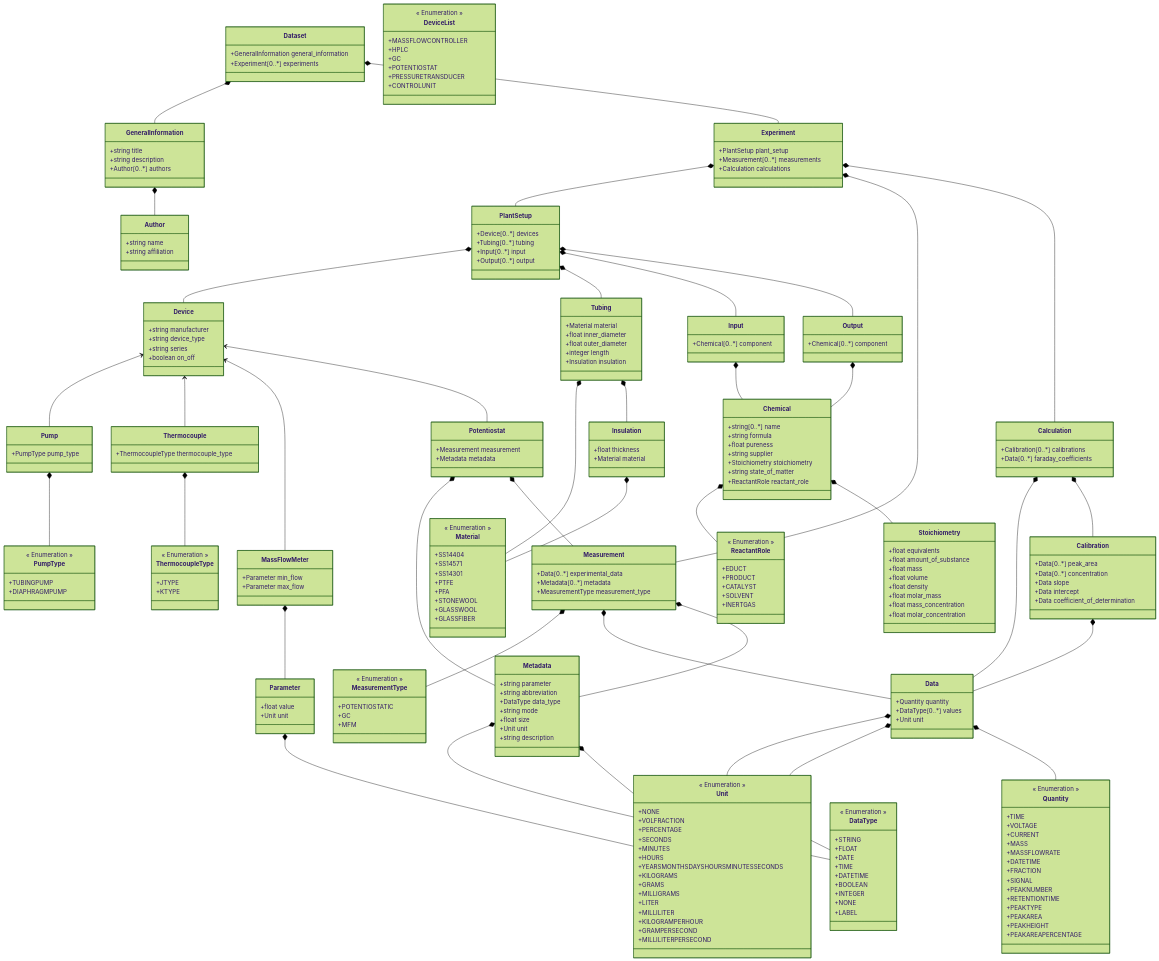
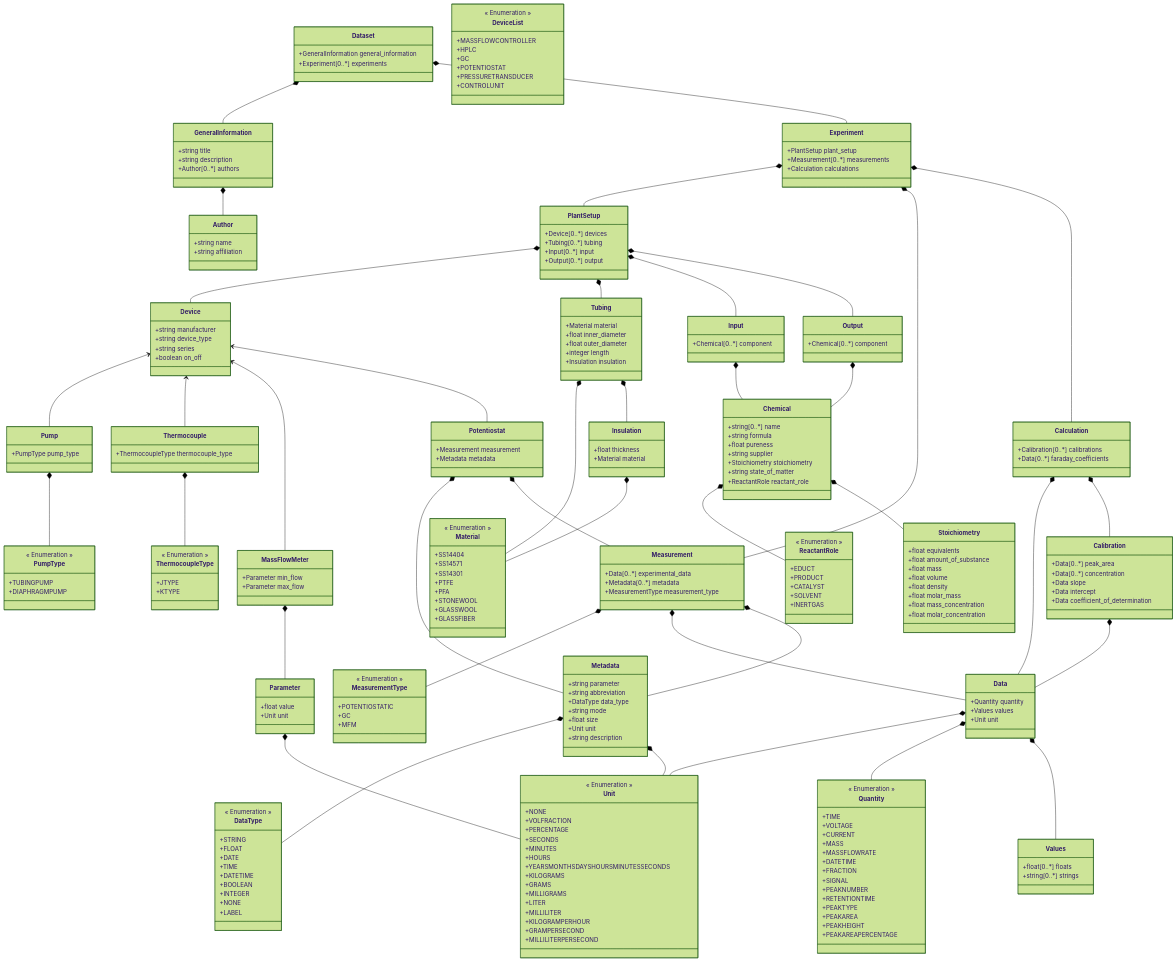
Before and after one commit to FAIRChemistry/FAIRFlow: the diagram in datamodel_b07_tc/schemes/datamodel_b07_tc_schema.md, drawn with Mermaid (forest theme). The commit also changed 24 other files, not shown here.

```diff
--- a/datamodel_b07_tc/schemes/datamodel_b07_tc_schema.md
+++ b/datamodel_b07_tc/schemes/datamodel_b07_tc_schema.md
@@ -27,9 +27,9 @@
     Output *-- Chemical
     Chemical *-- ReactantRole
     Chemical *-- Stoichiometry
-    Data *-- DataType
     Data *-- Unit
     Data *-- Quantity
+    Data *-- Values
     Metadata *-- DataType
     Metadata *-- Unit
     Measurement *-- MeasurementType
@@ -142,8 +142,13 @@
     
     class Data {
         +Quantity quantity
-        +DataType[0..*] values
+        +Values values
         +Unit unit
+    }
+    
+    class Values {
+        +float[0..*] floats
+        +string[0..*] strings
     }
     
     class Metadata {
```
